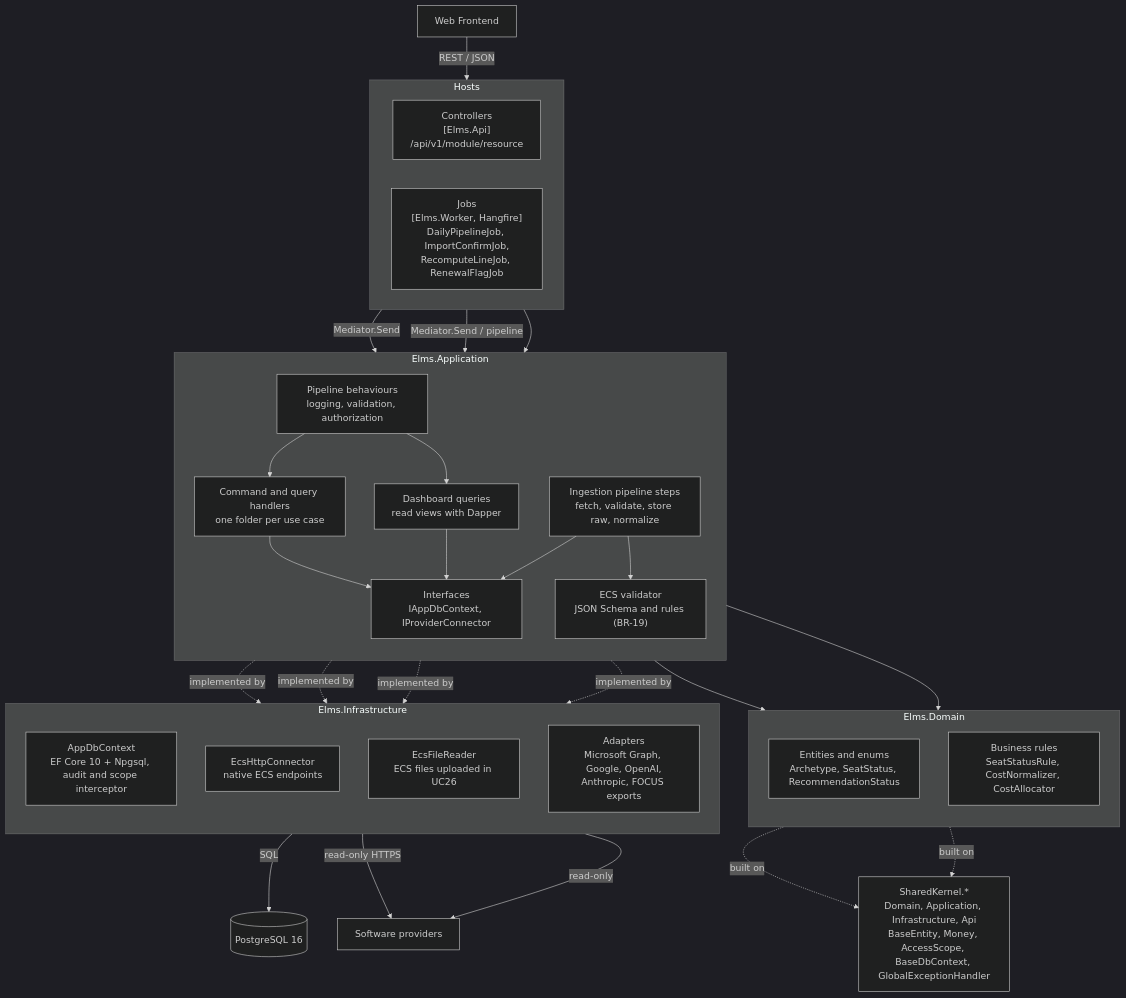
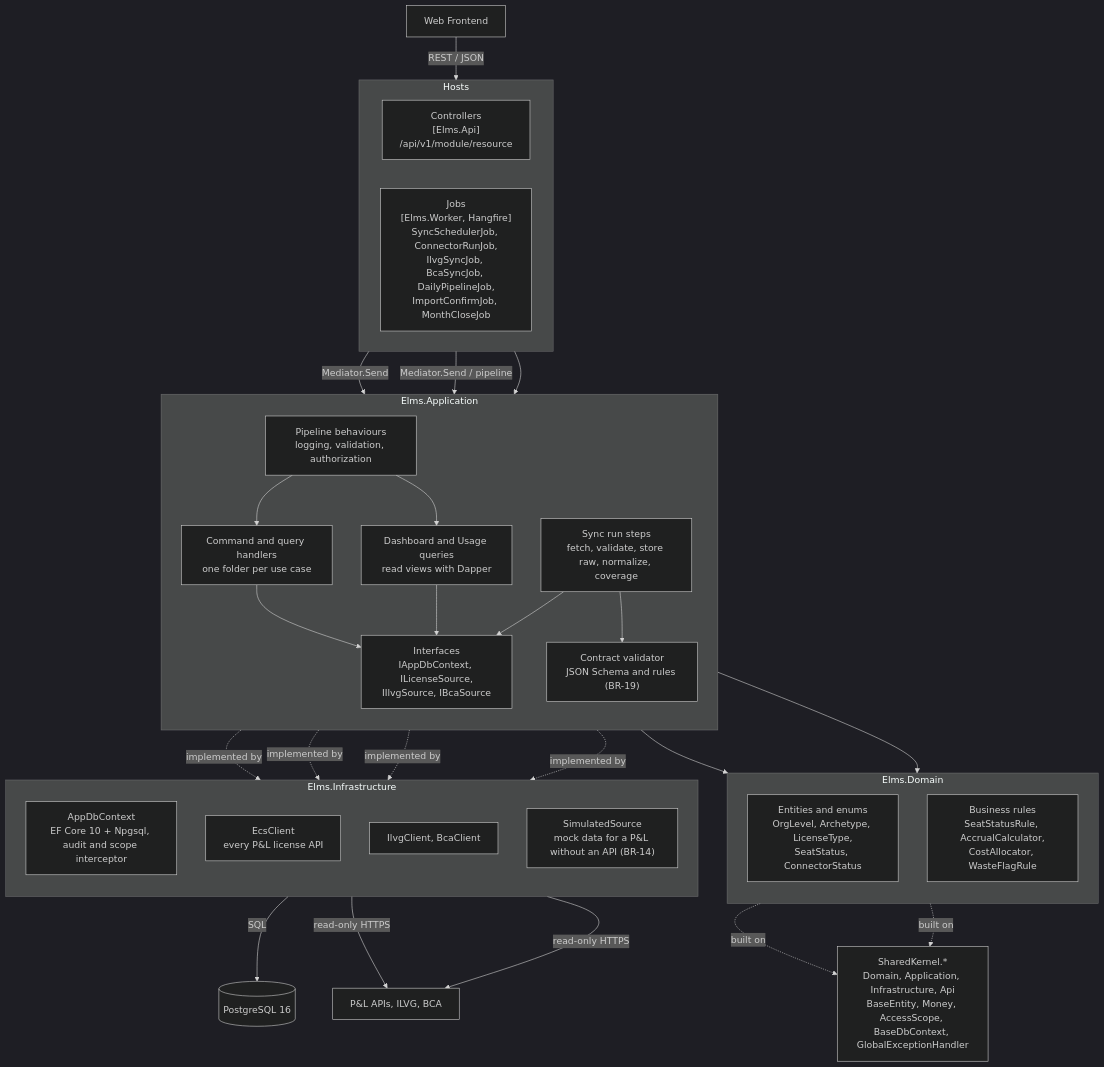
One commit to cuonglpv/VFast changed the third of 7 diagrams in docs/07-c4-architecture.md. Above: the diagram before and after it, drawn with Mermaid (dark theme). The commit also changed other lines of this file, not shown here.

First line of the commit message:
docs: align the C4 architecture with the P&L API model

````diff
--- a/docs/07-c4-architecture.md
+++ b/docs/07-c4-architecture.md
@@ -152,60 +157,60 @@
 ```mermaid
 flowchart TB
     spa["Web Frontend"]
     db[("PostgreSQL 16")]
-    providers["Software providers"]
+    sources["P&L APIs, ILVG, BCA"]
 
     subgraph hosts["Hosts"]
         direction LR
         ctrl["Controllers<br/>[Elms.Api]<br/>/api/v1/module/resource"]
-        jobs["Jobs<br/>[Elms.Worker, Hangfire]<br/>DailyPipelineJob, ImportConfirmJob,<br/>RecomputeLineJob, RenewalFlagJob"]
+        jobs["Jobs<br/>[Elms.Worker, Hangfire]<br/>SyncSchedulerJob, ConnectorRunJob,<br/>IlvgSyncJob, BcaSyncJob, DailyPipelineJob,<br/>ImportConfirmJob, MonthCloseJob"]
     end
 
     subgraph app["Elms.Application"]
         direction TB
         pipe["Pipeline behaviours<br/>logging, validation, authorization"]
         handlers["Command and query handlers<br/>one folder per use case"]
-        analytics["Dashboard queries<br/>read views with Dapper"]
-        ingest["Ingestion pipeline steps<br/>fetch, validate, store raw, normalize"]
-        ecsval["ECS validator<br/>JSON Schema and rules (BR-19)"]
-        ifaces["Interfaces<br/>IAppDbContext, IProviderConnector"]
+        analytics["Dashboard and Usage queries<br/>read views with Dapper"]
+        ingest["Sync run steps<br/>fetch, validate, store raw, normalize, coverage"]
+        ecsval["Contract validator<br/>JSON Schema and rules (BR-19)"]
+        ifaces["Interfaces<br/>IAppDbContext, ILicenseSource,<br/>IIlvgSource, IBcaSource"]
     end
 
     subgraph domain["Elms.Domain"]
         direction TB
-        entities["Entities and enums<br/>Archetype, SeatStatus, RecommendationStatus"]
-        rules["Business rules<br/>SeatStatusRule, CostNormalizer, CostAllocator"]
+        entities["Entities and enums<br/>OrgLevel, Archetype, LicenseType,<br/>SeatStatus, ConnectorStatus"]
+        rules["Business rules<br/>SeatStatusRule, AccrualCalculator,<br/>CostAllocator, WasteFlagRule"]
     end
 
     subgraph infra["Elms.Infrastructure"]
         direction TB
         efctx["AppDbContext<br/>EF Core 10 + Npgsql, audit and scope interceptor"]
-        ecshttp["EcsHttpConnector<br/>native ECS endpoints"]
-        ecsfile["EcsFileReader<br/>ECS files uploaded in UC26"]
-        adapters["Adapters<br/>Microsoft Graph, Google, OpenAI,<br/>Anthropic, FOCUS exports"]
+        ecshttp["EcsClient<br/>every P&L license API"]
+        hr["IlvgClient, BcaClient"]
+        sim["SimulatedSource<br/>mock data for a P&L without an API (BR-14)"]
     end
 
     kernel["SharedKernel.*<br/>Domain, Application, Infrastructure, Api<br/>BaseEntity, Money, AccessScope, BaseDbContext, GlobalExceptionHandler"]
 
     spa -- "REST / JSON" --> ctrl
     ctrl -- "Mediator.Send" --> pipe
     jobs -- "Mediator.Send / pipeline" --> pipe
     jobs --> ingest
     pipe --> handlers
     pipe --> analytics
     handlers --> rules
     handlers --> entities
     handlers --> ifaces
     analytics --> ifaces
     ingest --> ifaces
     ingest --> ecsval
     ifaces -. "implemented by" .-> efctx
     ifaces -. "implemented by" .-> ecshttp
-    ifaces -. "implemented by" .-> ecsfile
-    ifaces -. "implemented by" .-> adapters
+    ifaces -. "implemented by" .-> hr
+    ifaces -. "implemented by" .-> sim
     efctx -- "SQL" --> db
-    ecshttp -- "read-only HTTPS" --> providers
-    adapters -- "read-only" --> providers
+    ecshttp -- "read-only HTTPS" --> sources
+    hr -- "read-only HTTPS" --> sources
     entities -. "built on" .-> kernel
     rules -. "built on" .-> kernel
 ```
````
